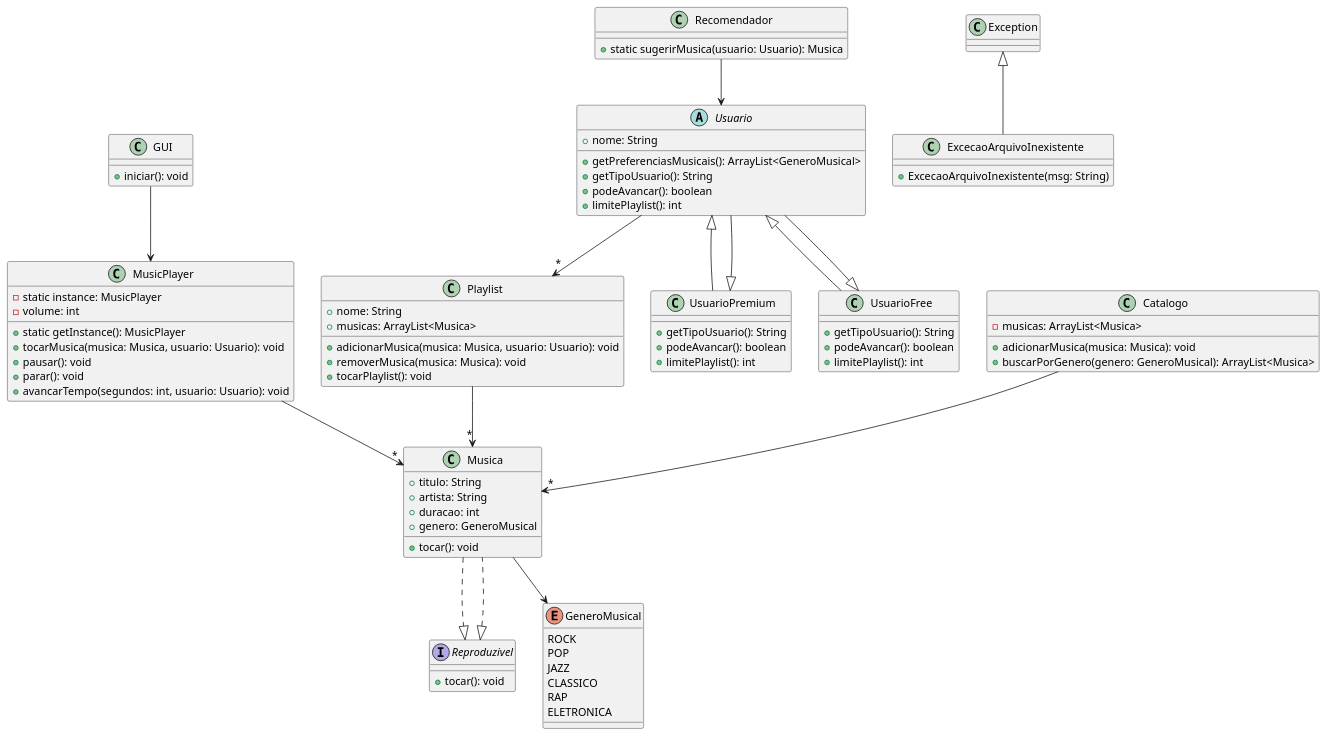
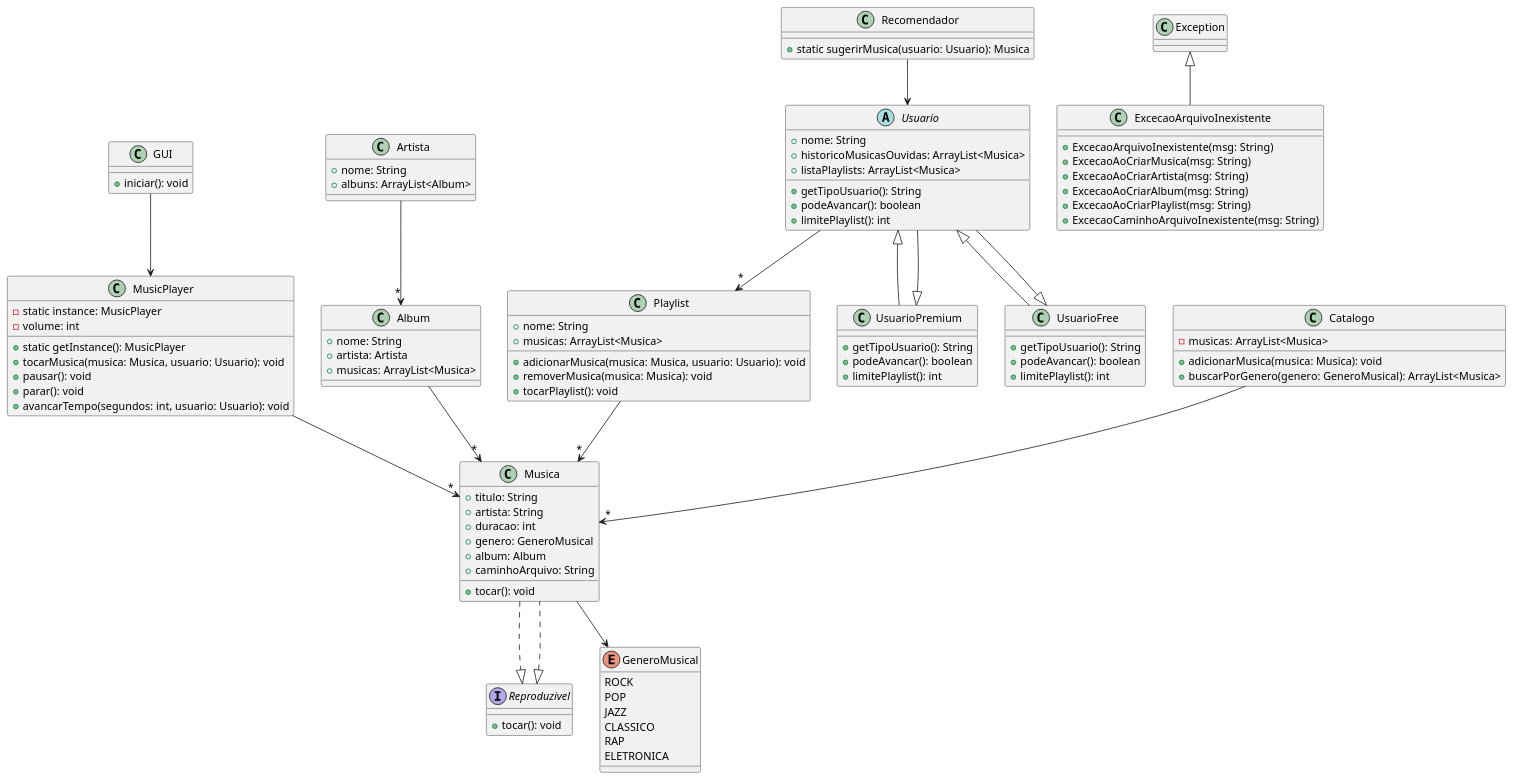
One commit to manuelafba/trabalhoFinalProg2 changed the diagram in Diagramas/Diagrama de Classes.puml. Above: the diagram before and after it, drawn with PlantUML. The commit also changed 2 other files, not shown here.

Commit message:
Atualizando Diagramas

```diff
--- a/Diagramas/Diagrama de Classes.puml
+++ b/Diagramas/Diagrama de Classes.puml
@@ -1,103 +1,126 @@
 @startuml
 
 ' Enum para gêneros musicais
 enum GeneroMusical {
     ROCK
     POP
     JAZZ
     CLASSICO
     RAP
     ELETRONICA
 }
 
 ' Interface para objetos que podem ser reproduzidos
 interface Reproduzivel {
     + tocar(): void
 }
 
 ' Classe principal para gerenciar a reprodução
 class MusicPlayer {
     - static instance: MusicPlayer
     - volume: int
     + static getInstance(): MusicPlayer
     + tocarMusica(musica: Musica, usuario: Usuario): void
     + pausar(): void
     + parar(): void
     + avancarTempo(segundos: int, usuario: Usuario): void
 }
 
 ' Classe representando uma música
 class Musica implements Reproduzivel {
     + titulo: String
     + artista: String
     + duracao: int
     + genero: GeneroMusical
+    + album: Album
+    + caminhoArquivo: String
     + tocar(): void
+}
+
+' Classe de artista
+class Artista {
+    + nome: String
+    + albuns: ArrayList<Album>
+}
+
+' Classe de álbum
+class Album {
+    + nome: String
+    + artista: Artista
+    + musicas: ArrayList<Musica>
 }
 
 ' Playlist de músicas
 class Playlist {
     + nome: String
     + musicas: ArrayList<Musica>
     + adicionarMusica(musica: Musica, usuario: Usuario): void
     + removerMusica(musica: Musica): void
     + tocarPlaylist(): void
 }
 
 ' Classe de catálogo de músicas
 class Catalogo {
     - musicas: ArrayList<Musica>
     + adicionarMusica(musica: Musica): void
     + buscarPorGenero(genero: GeneroMusical): ArrayList<Musica>
 }
 
 ' Classe de usuário
 abstract class Usuario {
     + nome: String
-    + getPreferenciasMusicais(): ArrayList<GeneroMusical>
+    + historicoMusicasOuvidas: ArrayList<Musica>
+    + listaPlaylists: ArrayList<Musica>
     + getTipoUsuario(): String
     + podeAvancar(): boolean
     + limitePlaylist(): int
 }
 
 ' Subclasses de usuários
 class UsuarioPremium extends Usuario {
     + getTipoUsuario(): String
     + podeAvancar(): boolean
     + limitePlaylist(): int
 }
 
 class UsuarioFree extends Usuario {
     + getTipoUsuario(): String
     + podeAvancar(): boolean
     + limitePlaylist(): int
 }
 
 ' Classe de recomendação de músicas
 class Recomendador {
     + static sugerirMusica(usuario: Usuario): Musica
 }
 
 ' Classe de exceção para tratamento de erros
 class ExcecaoArquivoInexistente extends Exception {
     + ExcecaoArquivoInexistente(msg: String)
+    + ExcecaoAoCriarMusica(msg: String)
+    + ExcecaoAoCriarArtista(msg: String)
+    + ExcecaoAoCriarAlbum(msg: String)
+    + ExcecaoAoCriarPlaylist(msg: String)
+    + ExcecaoCaminhoArquivoInexistente(msg: String)
 }
 
 ' GUI (Opcional)
 class GUI {
     + iniciar(): void
 }
 
 ' Relacionamentos
 MusicPlayer --> "*" Musica
 Usuario --|> UsuarioPremium
 Usuario --|> UsuarioFree
 Musica --> GeneroMusical
 Musica ..|> Reproduzivel
 Usuario --> "*" Playlist
 Playlist --> "*" Musica
 Catalogo --> "*" Musica
 Recomendador --> Usuario
 GUI --> MusicPlayer
+Artista --> "*" Album
+Album --> "*" Musica
 
 @enduml
```
